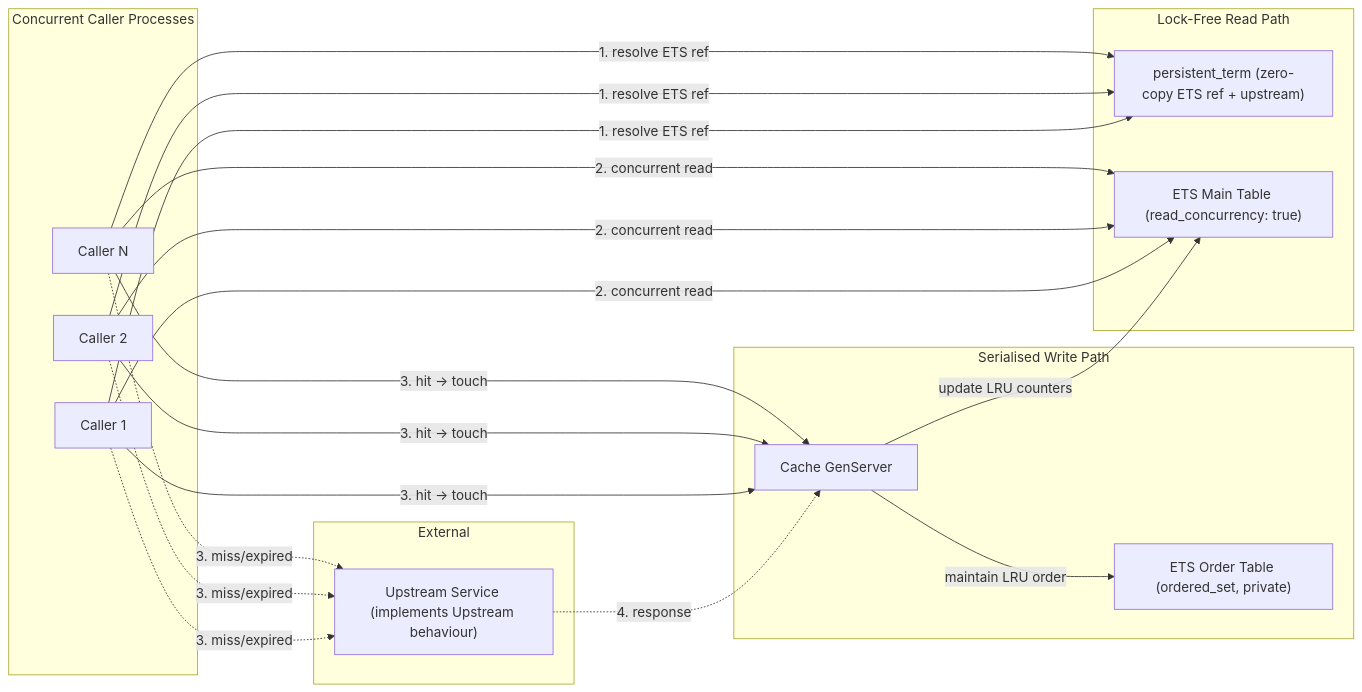
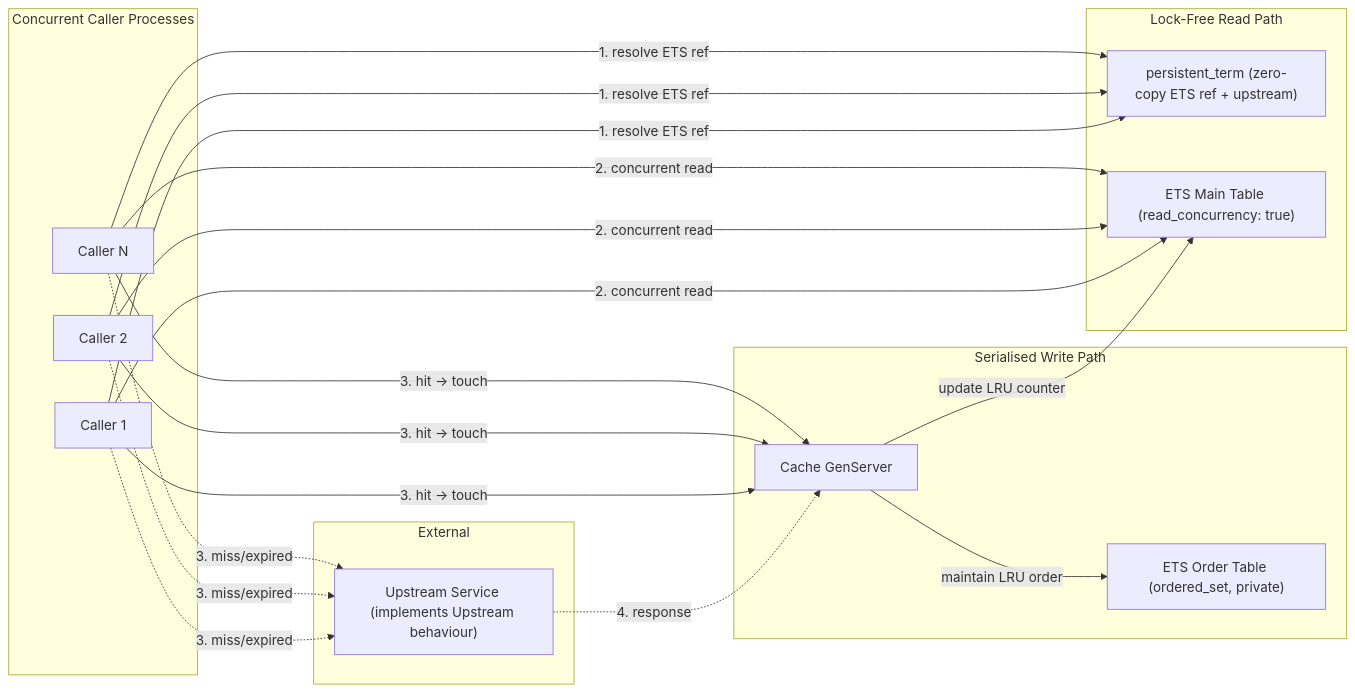
One commit to gavi-dorf/appwork_take_home changed the third of 3 diagrams in README.md. Above: the diagram before and after it, drawn with Mermaid. The commit also changed other lines of this file, not shown here.

````diff
--- a/README.md
+++ b/README.md
@@ -116,30 +146,30 @@
 ```mermaid
 flowchart LR
     subgraph Callers["Concurrent Caller Processes"]
         C1["Caller 1"]
         C2["Caller 2"]
         C3["Caller N"]
     end
 
     subgraph ReadPath["Lock-Free Read Path"]
         PT["persistent_term (zero-copy ETS ref + upstream)"]
         ETS["ETS Main Table (read_concurrency: true)"]
     end
 
     subgraph WritePath["Serialised Write Path"]
         GS["Cache GenServer"]
         OT["ETS Order Table (ordered_set, private)"]
     end
 
     subgraph External["External"]
         US["Upstream Service (implements Upstream behaviour)"]
     end
 
     C1 & C2 & C3 -- "1. resolve ETS ref" --> PT
     C1 & C2 & C3 -- "2. concurrent read" --> ETS
     C1 & C2 & C3 -. "3. miss/expired" .-> US
     US -. "4. response" .-> GS
     C1 & C2 & C3 -- "3. hit → touch" --> GS
-    GS -- "update LRU counters" --> ETS
+    GS -- "update LRU counter" --> ETS
     GS -- "maintain LRU order" --> OT
 ```
````
